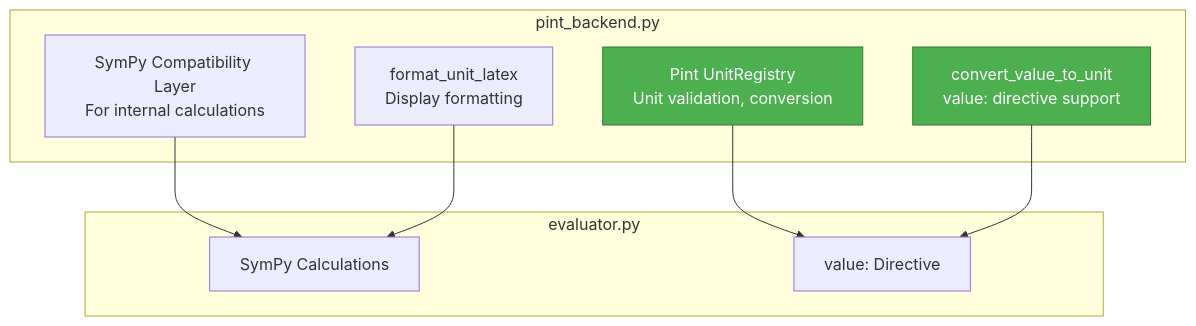
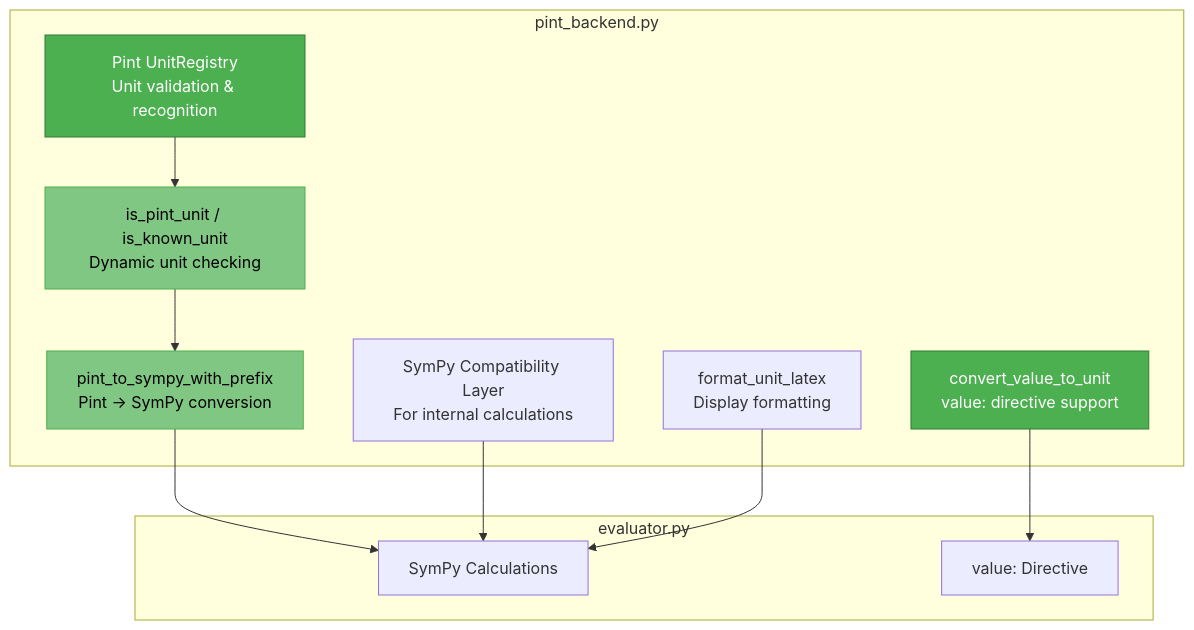
One commit to MarkMichiels/livemathtex changed the third of 3 diagrams in docs/ARCHITECTURE.md. Above: the diagram before and after it, drawn with Mermaid. The commit also changed other lines of this file and 1 other file, not shown here.

First line of the commit message:
docs: update architecture for ISSUE-002 resolution

````diff
--- a/docs/ARCHITECTURE.md
+++ b/docs/ARCHITECTURE.md
@@ -665,22 +672,28 @@
 ```mermaid
 graph TB
     subgraph pint_backend [pint_backend.py]
-        PR[Pint UnitRegistry<br>Unit validation, conversion]
+        PR[Pint UnitRegistry<br>Unit validation & recognition]
+        IPU[is_pint_unit / is_known_unit<br>Dynamic unit checking]
+        PTS[pint_to_sympy_with_prefix<br>Pint → SymPy conversion]
         SR[SymPy Compatibility Layer<br>For internal calculations]
         FMT[format_unit_latex<br>Display formatting]
         CVT[convert_value_to_unit<br>value: directive support]
     end
 
     subgraph evaluator [evaluator.py]
         CALC[SymPy Calculations]
         VAL[value: Directive]
     end
 
-    PR --> VAL
+    PR --> IPU
+    IPU --> PTS
+    PTS --> CALC
     CVT --> VAL
     SR --> CALC
     FMT --> CALC
 
     style PR fill:#4caf50,stroke:#2e7d32,color:#fff
+    style IPU fill:#81c784,stroke:#4caf50,color:#000
+    style PTS fill:#81c784,stroke:#4caf50,color:#000
     style CVT fill:#4caf50,stroke:#2e7d32,color:#fff
 ```
````
